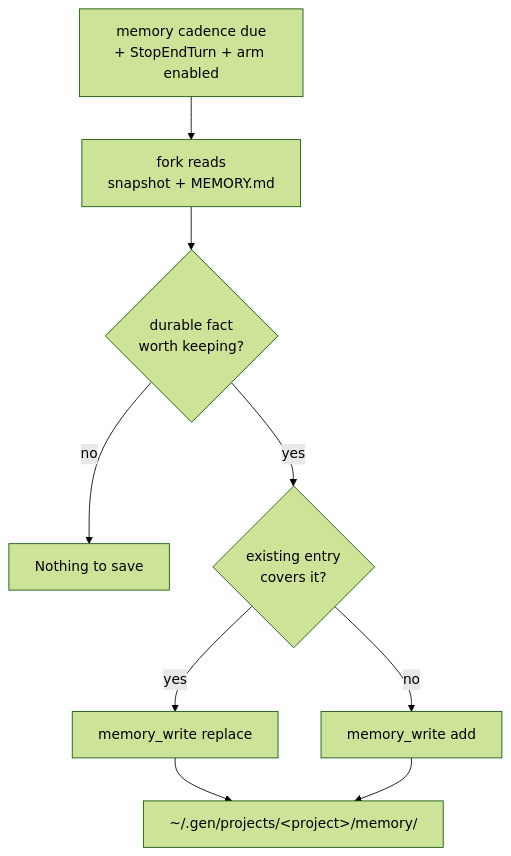
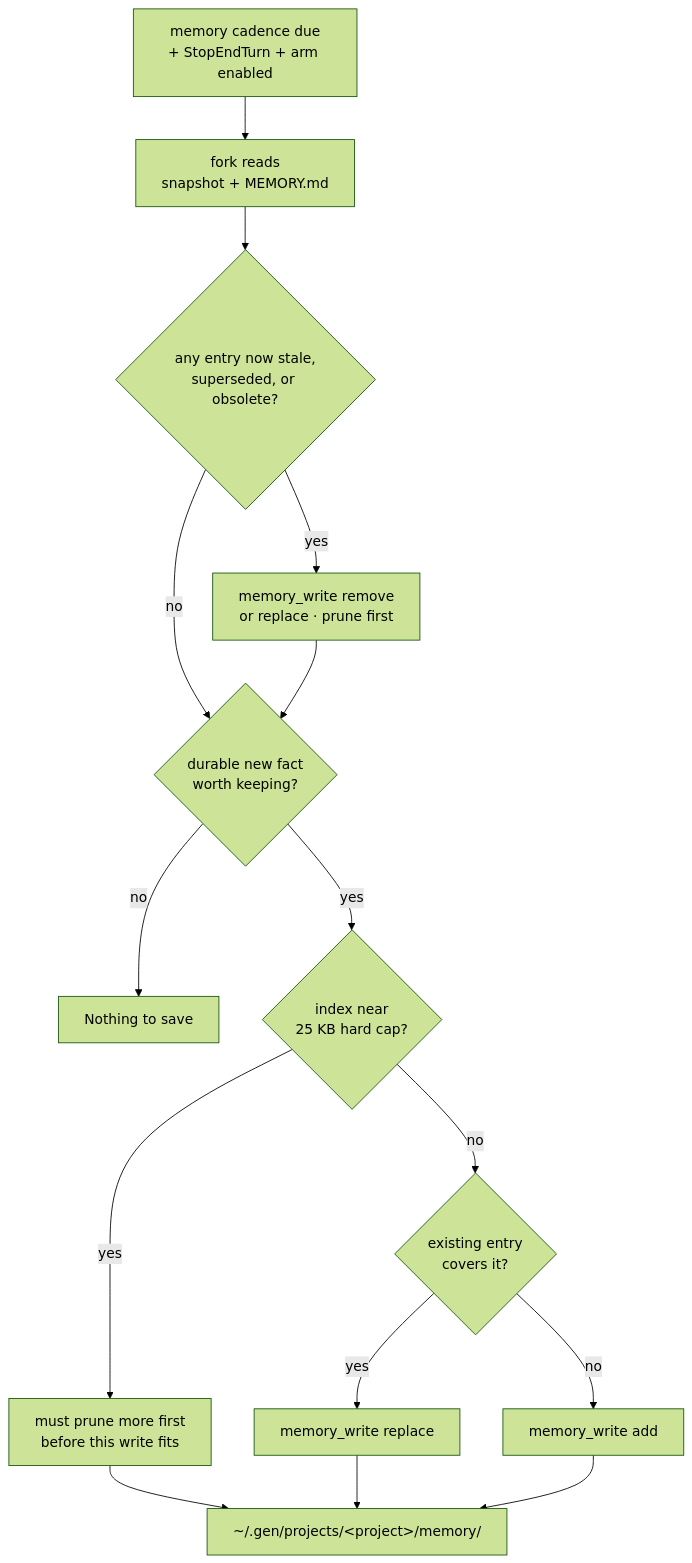
One commit to genai-io/san changed the third of 6 diagrams in notes/active/l1-background-review.md. Above: the diagram before and after it, drawn with Mermaid (forest theme). The commit also changed other lines of this file, not shown here.

````diff
--- a/notes/active/l1-background-review.md
+++ b/notes/active/l1-background-review.md
@@ -124,11 +134,17 @@
 ```mermaid
 flowchart TD
     A[memory cadence due<br/>+ StopEndTurn + arm enabled] --> B[fork reads<br/>snapshot + MEMORY.md]
-    B --> C{durable fact<br/>worth keeping?}
+    B --> S{any entry now stale,<br/>superseded, or obsolete?}
+    S -- yes --> R0[memory_write remove<br/>or replace · prune first]
+    S -- no --> C
+    R0 --> C{durable new fact<br/>worth keeping?}
     C -- no --> Z[Nothing to save]
-    C -- yes --> D{existing entry<br/>covers it?}
-    D -- yes --> R[memory_write replace]
+    C -- yes --> H{index near<br/>25 KB hard cap?}
+    H -- yes --> P1[must prune more first<br/>before this write fits]
+    H -- no --> D{existing entry<br/>covers it?}
+    D -- yes --> R1[memory_write replace]
     D -- no --> N[memory_write add]
-    R --> P[~/.gen/projects/&lt;project&gt;/memory/]
-    N --> P
+    P1 --> ALL[~/.gen/projects/&lt;project&gt;/memory/]
+    R1 --> ALL
+    N --> ALL
 ```
````
